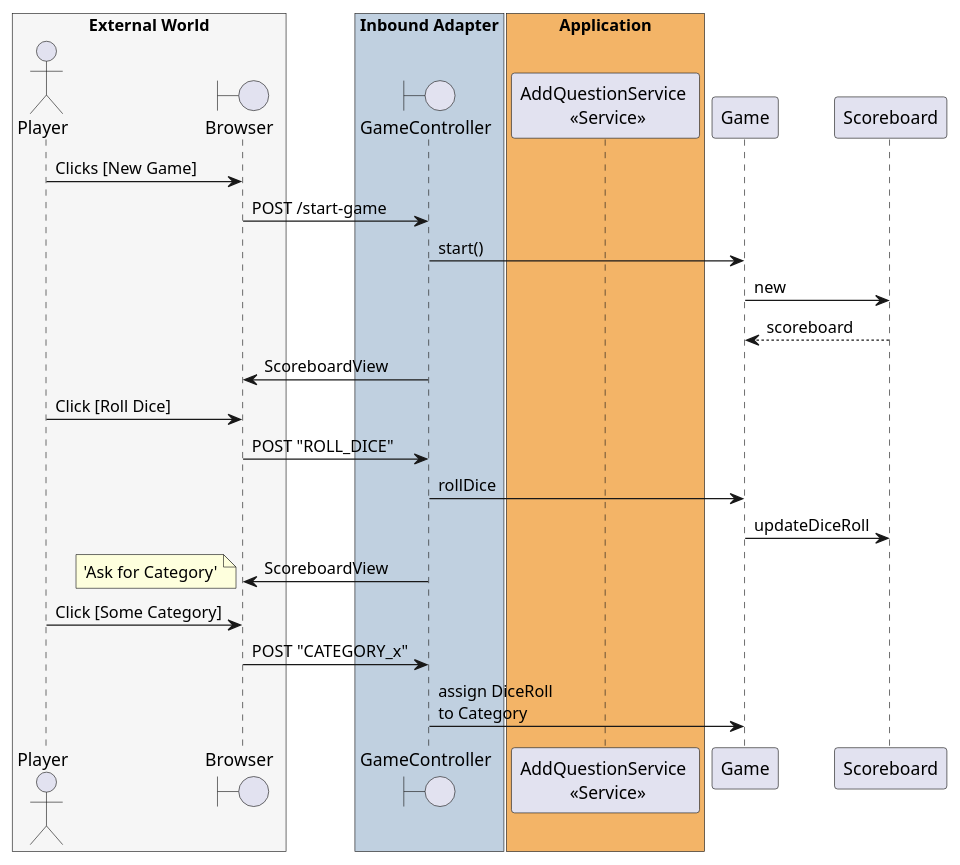
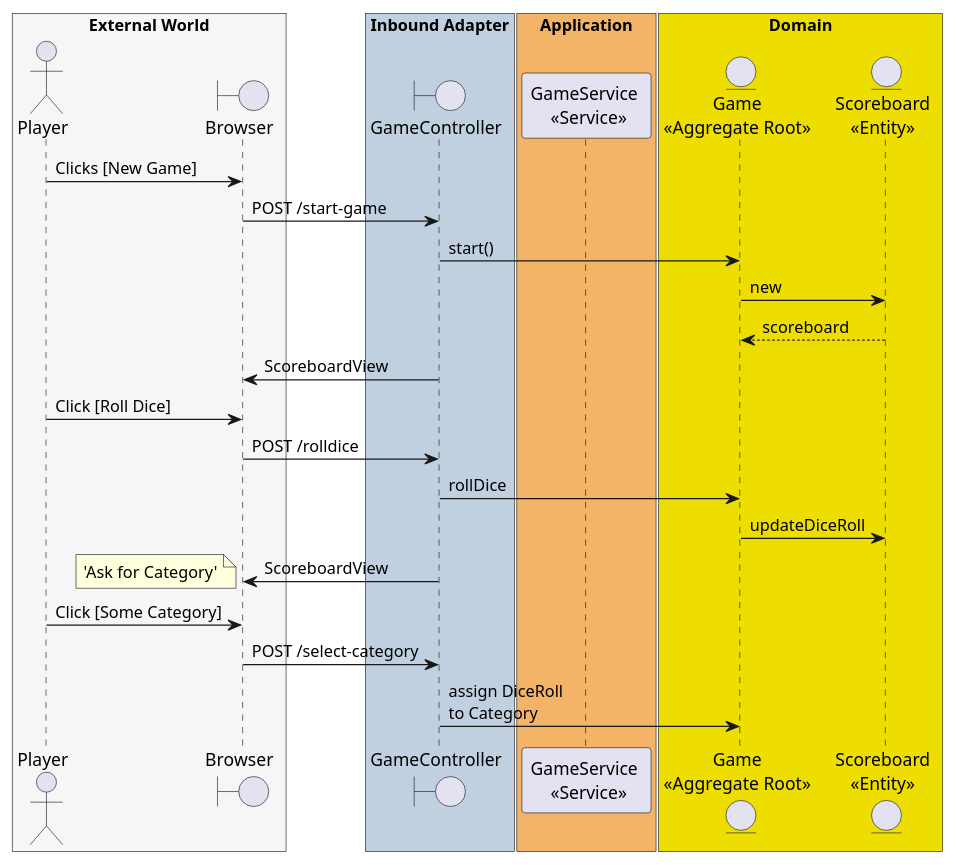
One commit to jitterted/yacht-tdd changed the diagram in GameFlow.plantuml. Above: the diagram before and after it, drawn with PlantUML. The commit also changed 8 other files, not shown here.

Commit message:
R: introduced GameService as a "middleman" between the Adapter and the Domain

```diff
--- a/GameFlow.plantuml
+++ b/GameFlow.plantuml
@@ -1,31 +1,37 @@
 @startuml
 
 box "External World" #f6f6f6
     actor Player
     boundary Browser
 end box
 
 box "Inbound Adapter" #c0d0e0
     boundary GameController
 end box
+
 box "Application" #F3B467
-    participant "AddQuestionService \n <<Service>>" as service
+    participant "GameService \n <<Service>>" as service
+end box
+
+box "Domain" #EDDE00
+    entity "Game\n<<Aggregate Root>>" as Game
+    entity "Scoreboard\n<<Entity>>" as Scoreboard
 end box
 
 Player -> Browser: Clicks [New Game]
 Browser -> GameController: POST /start-game
 GameController -> Game: start()
 Game -> Scoreboard: new
 Game <-- Scoreboard : scoreboard
 GameController -> Browser: ScoreboardView
 Player -> Browser: Click [Roll Dice]
-Browser -> GameController: POST "ROLL_DICE"
+Browser -> GameController: POST /rolldice
 GameController -> Game: rollDice
 Game -> Scoreboard: updateDiceRoll
 GameController -> Browser: ScoreboardView
 note left: 'Ask for Category'
 Player -> Browser: Click [Some Category]
-Browser -> GameController: POST "CATEGORY_x"
+Browser -> GameController: POST /select-category
 GameController -> Game: assign DiceRoll\nto Category
 
 @enduml
```
